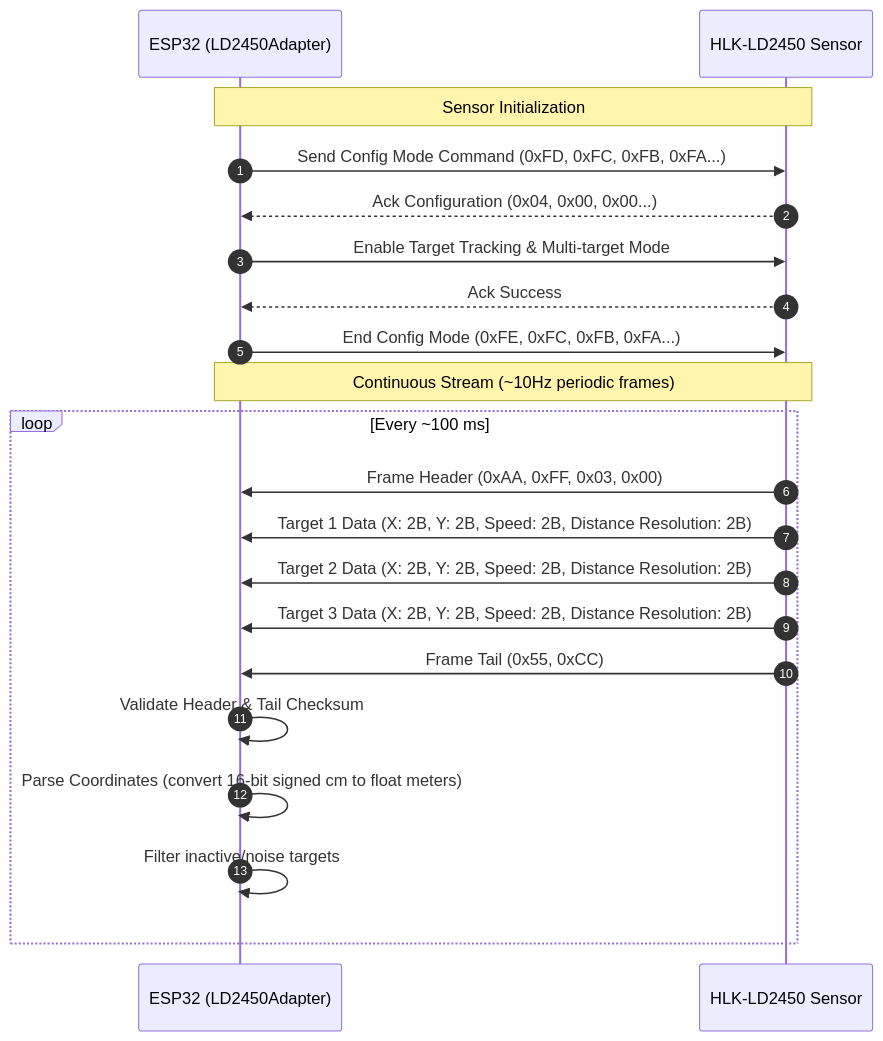
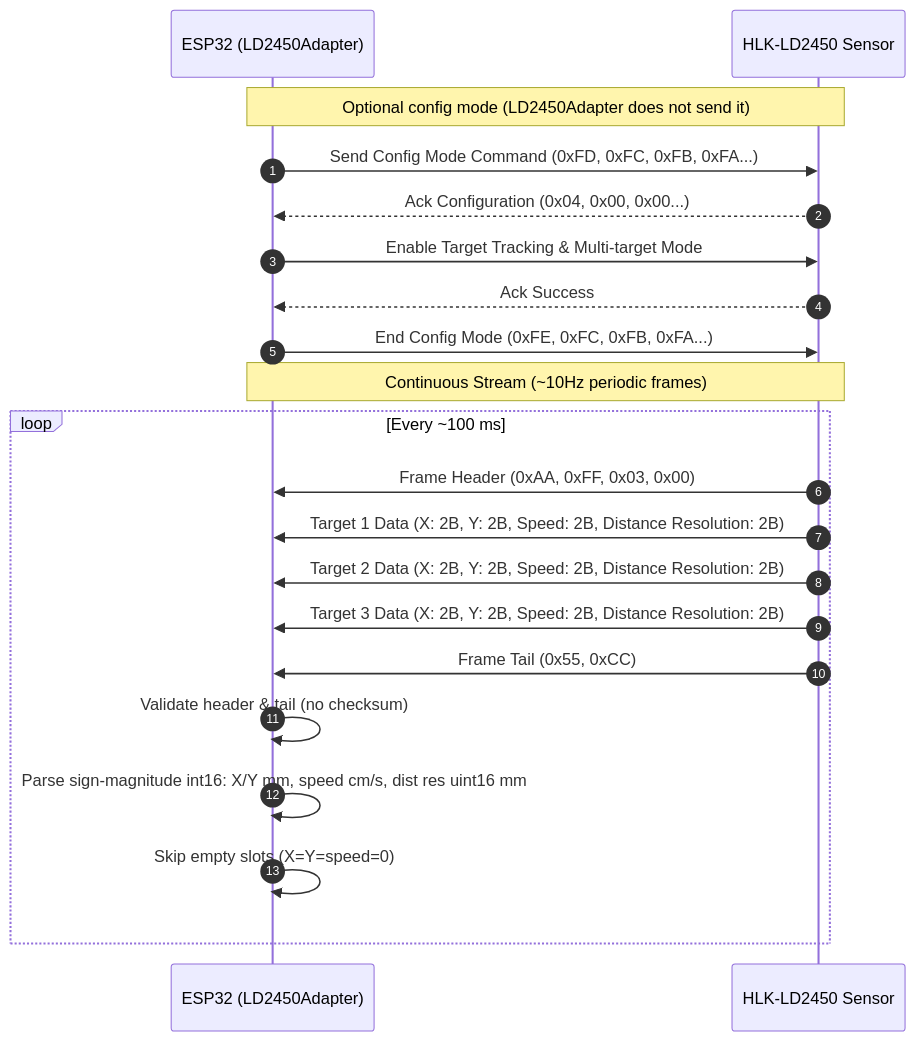
One commit to JaWitold/heartbeat-radar-sensor changed the diagram in docs/diagrams/software/sensor-protocol.md. Above: the diagram before and after it, drawn with Mermaid. The commit also changed other lines of this file and 26 other files, not shown here.

````diff
--- a/docs/diagrams/software/sensor-protocol.md
+++ b/docs/diagrams/software/sensor-protocol.md
@@ -5,25 +5,25 @@
 ```mermaid
 sequenceDiagram
     autonumber
     participant ESP as ESP32 (LD2450Adapter)
     participant LD as HLK-LD2450 Sensor
 
-    Note over ESP,LD: Sensor Initialization
+    Note over ESP,LD: Optional config mode (LD2450Adapter does not send it)
     ESP->>LD: Send Config Mode Command (0xFD, 0xFC, 0xFB, 0xFA...)
     LD-->>ESP: Ack Configuration (0x04, 0x00, 0x00...)
     ESP->>LD: Enable Target Tracking & Multi-target Mode
     LD-->>ESP: Ack Success
     ESP->>LD: End Config Mode (0xFE, 0xFC, 0xFB, 0xFA...)
 
     Note over ESP,LD: Continuous Stream (~10Hz periodic frames)
     loop Every ~100 ms
         LD->>ESP: Frame Header (0xAA, 0xFF, 0x03, 0x00)
         LD->>ESP: Target 1 Data (X: 2B, Y: 2B, Speed: 2B, Distance Resolution: 2B)
         LD->>ESP: Target 2 Data (X: 2B, Y: 2B, Speed: 2B, Distance Resolution: 2B)
         LD->>ESP: Target 3 Data (X: 2B, Y: 2B, Speed: 2B, Distance Resolution: 2B)
         LD->>ESP: Frame Tail (0x55, 0xCC)
-        ESP->>ESP: Validate Header & Tail Checksum
-        ESP->>ESP: Parse Coordinates (convert 16-bit signed cm to float meters)
-        ESP->>ESP: Filter inactive/noise targets
+        ESP->>ESP: Validate header & tail (no checksum)
+        ESP->>ESP: Parse sign-magnitude int16: X/Y mm, speed cm/s, dist res uint16 mm
+        ESP->>ESP: Skip empty slots (X=Y=speed=0)
     end
 ```
````
